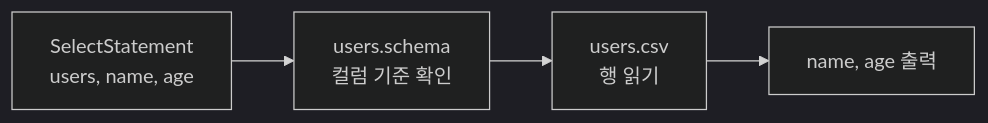
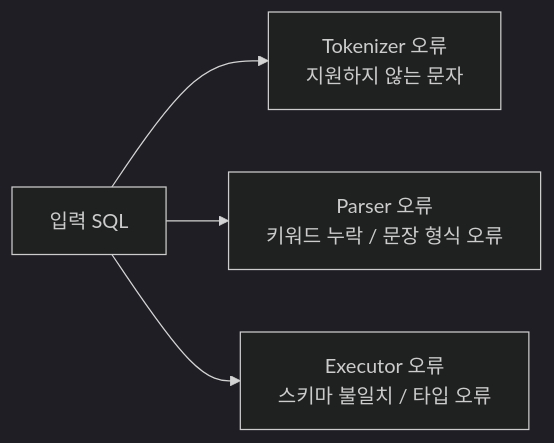
One commit to Jungle-12-303/week6-team5-sql changed the third of 8 diagrams in README.md. Above: the diagram before and after it, drawn with Mermaid (dark theme). The commit also changed other lines of this file, not shown here.

````diff
--- a/README.md
+++ b/README.md
@@ -176,6 +113,6 @@
 ```mermaid
 flowchart LR
-    A["SelectStatement<br/>users, name, age"] --> B["users.schema<br/>컬럼 기준 확인"]
-    B --> C["users.csv<br/>행 읽기"]
-    C --> D["name, age 출력"]
+    A["입력 SQL"] --> B["Tokenizer 오류<br/>지원하지 않는 문자"]
+    A --> C["Parser 오류<br/>키워드 누락 / 문장 형식 오류"]
+    A --> D["Executor 오류<br/>스키마 불일치 / 타입 오류"]
 ```
````
